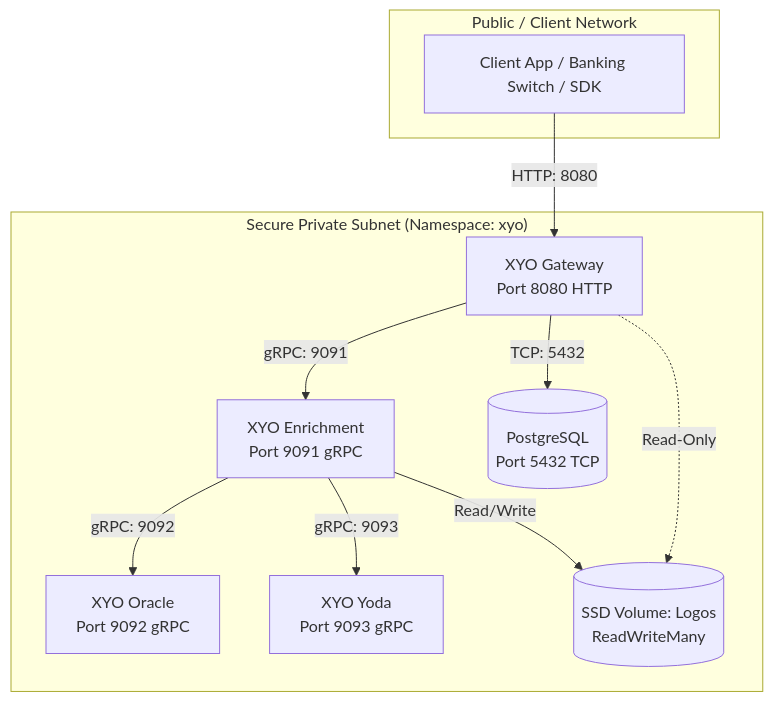
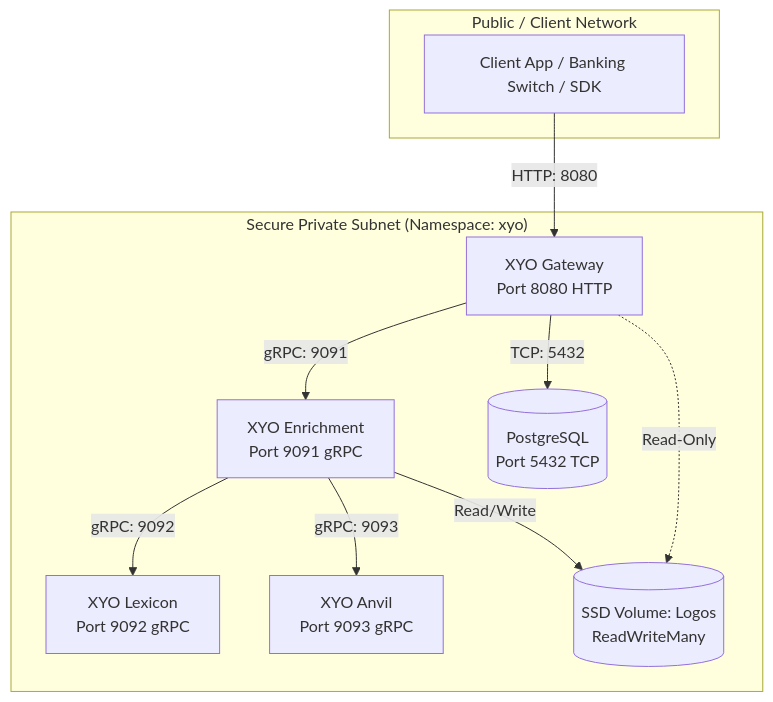
The third of 3 diagrams in onboarding/enterprise-gov/README.md (xyo-financial/xyo-financial), drawn with Mermaid before and after one commit. The commit also changed other lines of this file and 17 other files, not shown here.

````diff
--- a/onboarding/enterprise-gov/README.md
+++ b/onboarding/enterprise-gov/README.md
@@ -140,23 +140,23 @@
 ```mermaid
 flowchart TD
     subgraph PublicNet ["Public / Client Network"]
         Client["Client App / Banking Switch / SDK"]
     end
 
     subgraph PrivateSubnet ["Secure Private Subnet (Namespace: xyo)"]
         Gateway["XYO Gateway<br/>Port 8080 HTTP"]
         Enrichment["XYO Enrichment<br/>Port 9091 gRPC"]
-        Oracle["XYO Oracle<br/>Port 9092 gRPC"]
-        Yoda["XYO Yoda<br/>Port 9093 gRPC"]
+        Lexicon["XYO Lexicon<br/>Port 9092 gRPC"]
+        Anvil["XYO Anvil<br/>Port 9093 gRPC"]
         DB[("PostgreSQL<br/>Port 5432 TCP")]
         SSD[("SSD Volume: Logos<br/>ReadWriteMany")]
     end
 
     Client -->|"HTTP: 8080"| Gateway
     Gateway -->|"gRPC: 9091"| Enrichment
     Gateway -->|"TCP: 5432"| DB
-    Enrichment -->|"gRPC: 9092"| Oracle
-    Enrichment -->|"gRPC: 9093"| Yoda
+    Enrichment -->|"gRPC: 9092"| Lexicon
+    Enrichment -->|"gRPC: 9093"| Anvil
     Enrichment -->|"Read/Write"| SSD
     Gateway -.->|"Read-Only"| SSD
 ```
````
